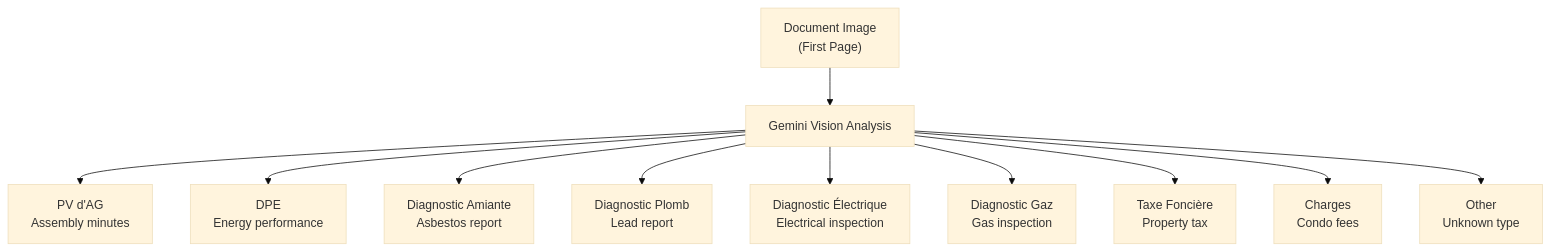
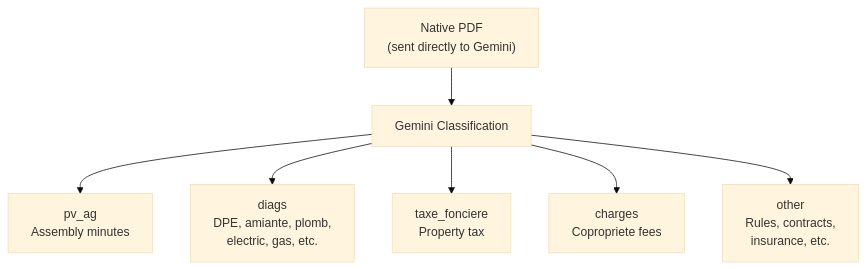
The third of 16 diagrams in docs/architecture/data-flow.md (benjamin-karaoglan/AppArtAgent), drawn with Mermaid (base theme) before and after one commit. The commit also changed other lines of this file and 10 other files, not shown here.

````diff
--- a/docs/architecture/data-flow.md
+++ b/docs/architecture/data-flow.md
@@ -88,16 +101,12 @@
 ```mermaid
 flowchart TD
-    Input["Document Image<br/>(First Page)"]
+    Input["Native PDF<br/>(sent directly to Gemini)"]
 
-    Input --> Gemini["Gemini Vision Analysis"]
+    Input --> Gemini["Gemini Classification"]
 
-    Gemini --> PV["PV d'AG<br/>Assembly minutes"]
-    Gemini --> DPE["DPE<br/>Energy performance"]
-    Gemini --> Amiante["Diagnostic Amiante<br/>Asbestos report"]
-    Gemini --> Plomb["Diagnostic Plomb<br/>Lead report"]
-    Gemini --> Elec["Diagnostic Électrique<br/>Electrical inspection"]
-    Gemini --> Gas["Diagnostic Gaz<br/>Gas inspection"]
-    Gemini --> Tax["Taxe Foncière<br/>Property tax"]
-    Gemini --> Charges["Charges<br/>Condo fees"]
-    Gemini --> Other["Other<br/>Unknown type"]
+    Gemini --> PV["pv_ag<br/>Assembly minutes"]
+    Gemini --> Diags["diags<br/>DPE, amiante, plomb,<br/>electric, gas, etc."]
+    Gemini --> Tax["taxe_fonciere<br/>Property tax"]
+    Gemini --> Charges["charges<br/>Copropriete fees"]
+    Gemini --> Other["other<br/>Rules, contracts,<br/>insurance, etc."]
 ```
````
